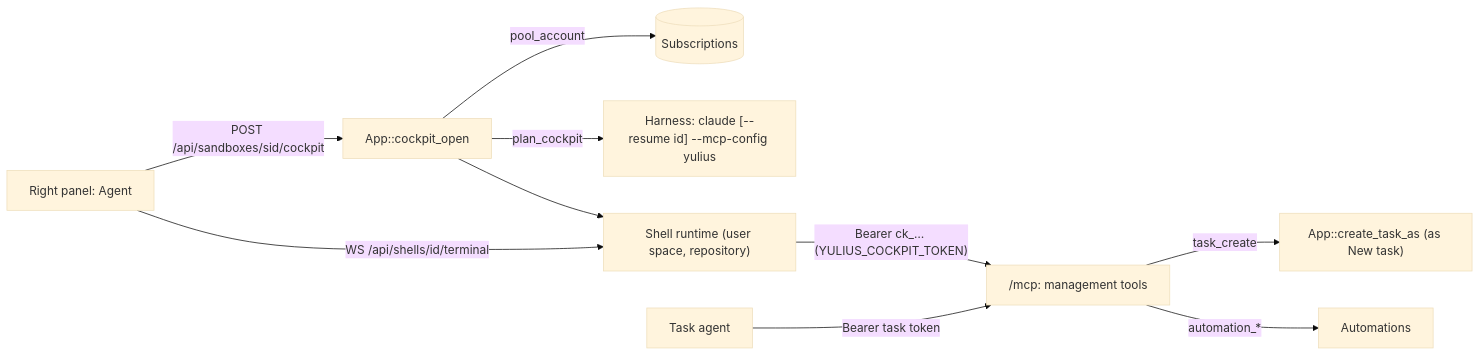
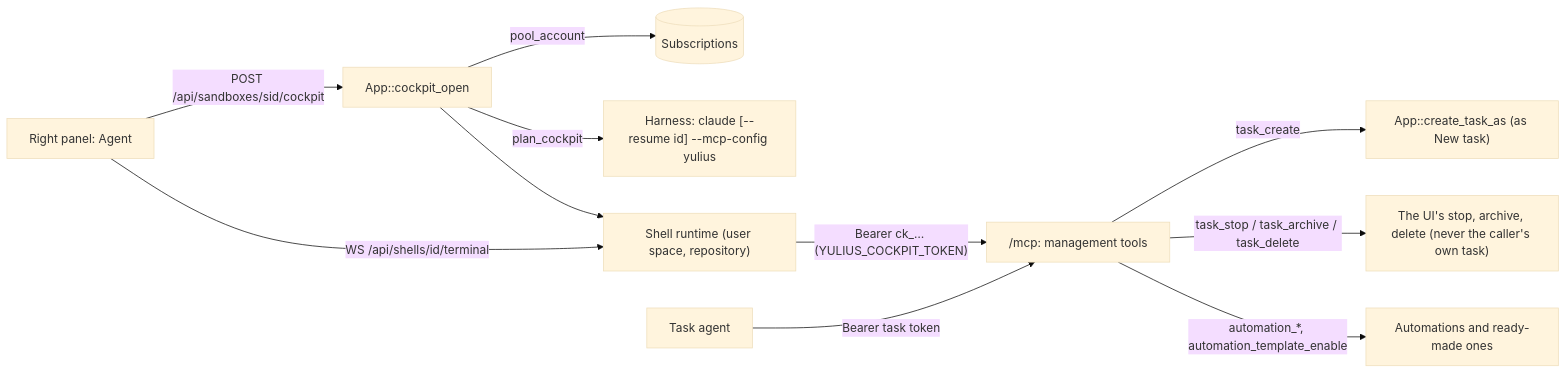
One commit to Quartio-Studio/yulius changed the eighth of 13 diagrams in docs/architecture.md. Above: the diagram before and after it, drawn with Mermaid (base theme). The commit also changed other lines of this file and 15 other files, not shown here.

First line of the commit message:
feat(mcp): fix #275 #293: Cockpit and agents manage tasks and automations through MCP, including ready-made ones (#338)

````diff
--- a/docs/architecture.md
+++ b/docs/architecture.md
@@ -228,12 +232,13 @@
 ```mermaid
 flowchart LR
   UI["Right panel: Agent"] -->|"POST /api/sandboxes/sid/cockpit"| APP["App::cockpit_open"]
   APP -->|"pool_account"| POOL[("Subscriptions")]
   APP -->|"plan_cockpit"| HP["Harness: claude [--resume id] --mcp-config yulius"]
   APP --> SH["Shell runtime (user space, repository)"]
   UI -->|"WS /api/shells/id/terminal"| SH
   SH -->|"Bearer ck_… (YULIUS_COCKPIT_TOKEN)"| MCP["/mcp: management tools"]
   AG["Task agent"] -->|"Bearer task token"| MCP
   MCP -->|"task_create"| NT["App::create_task_as (as New task)"]
-  MCP -->|"automation_*"| AU["Automations"]
+  MCP -->|"task_stop / task_archive / task_delete"| TU["The UI's stop, archive, delete (never the caller's own task)"]
+  MCP -->|"automation_*, automation_template_enable"| AU["Automations and ready-made ones"]
 ```
````
